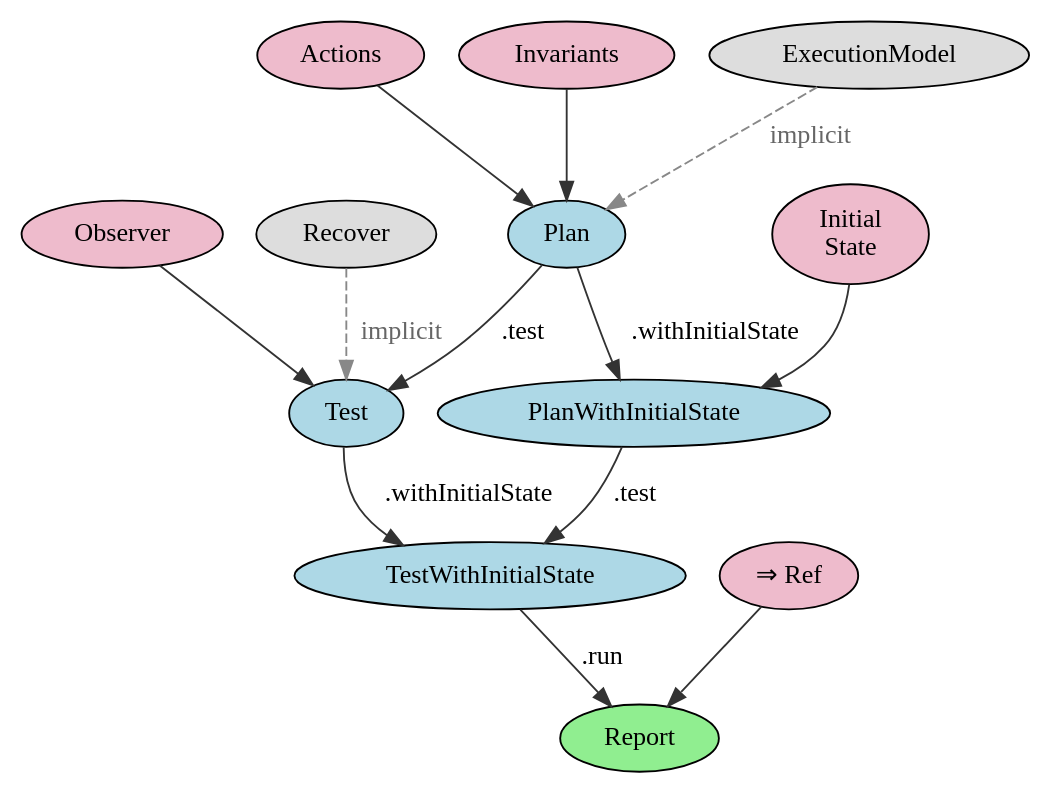
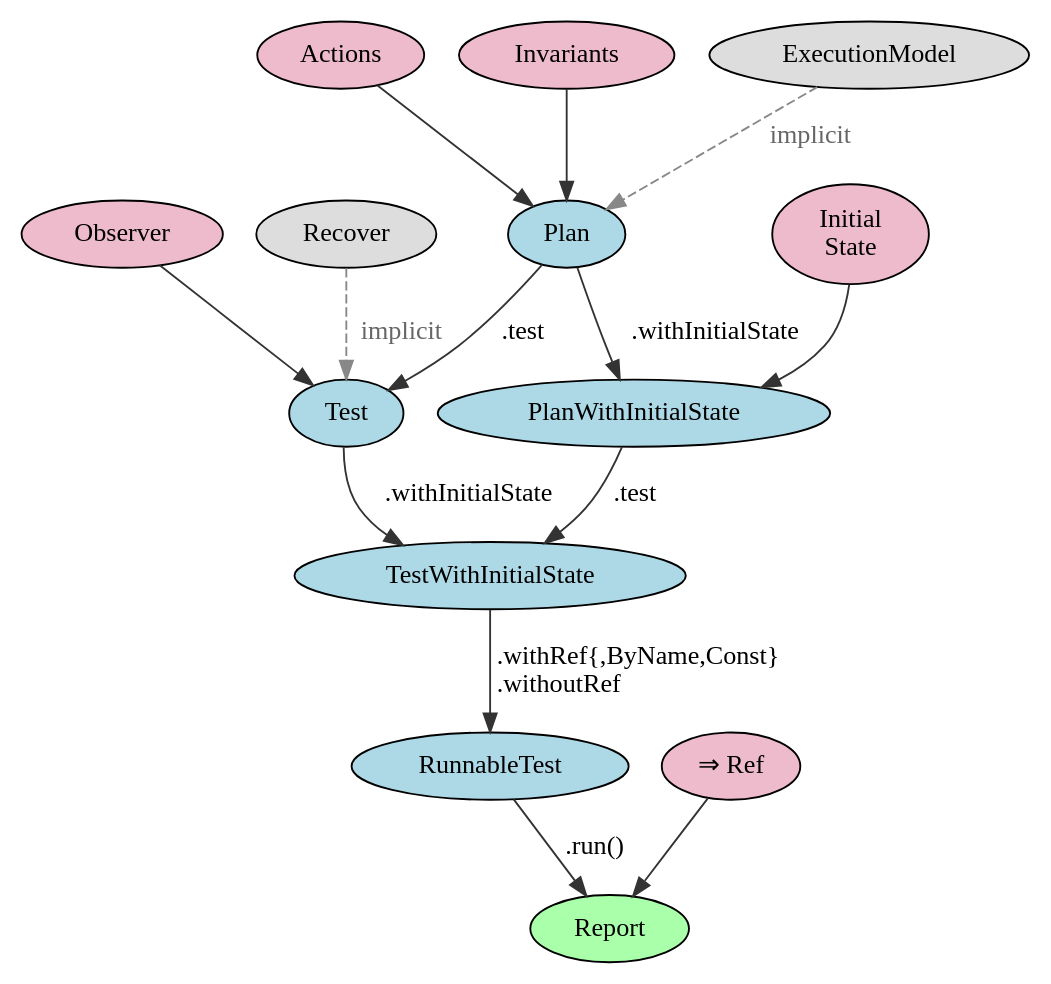
The diagram in doc/runner.gv (japgolly/test-state), drawn with Graphviz before and after one commit. The commit also changed 7 other files, not shown here.

```diff
--- a/doc/runner.gv
+++ b/doc/runner.gv
@@ -1,45 +1,47 @@
 digraph G {
 edge[color="#333333"]
 
 // Provided by user
 { node[style=filled fillcolor="#eebbcc"]
   a [label="Actions"]
   i [label="Invariants"]
   is [label="Initial\nState"]
   o [label="Observer"]
   ref [label="⇒ Ref"]
 }
 
 // Nearly always provided automatically
 { node[style=filled fillcolor="#dddddd"]
   r [label="Recover"]
   em [label="ExecutionModel"]
 }
 
 
 // Aggregation types
 { node[style=filled fillcolor=lightblue]
   plan [label="Plan"]
   planS [label="PlanWithInitialState"]
   test [label="Test"]
   testS [label="TestWithInitialState"]
+  testR [label="RunnableTest"]
 }
 
-run [label="Report" style=filled fillcolor=lightgreen]
+run [label="Report" style=filled fillcolor="#aaffaa"]
 
 {edge[style=dashed color="#888888" fontcolor="#666666" label=" implicit"]
 r -> test
 em -> plan
 }
 
 a,i -> plan
 is -> planS
 o -> test
 plan -> planS [label=".withInitialState"]
 plan -> test [label=".test"]
 planS -> testS [label=".test"]
 test -> testS [label=".withInitialState"]
 
 ref -> run
-testS -> run [label=".run"]
+testS -> testR [label="  .withRef{,ByName,Const}\l  .withoutRef\l"]
+testR -> run [label=".run()"]
 }
```
